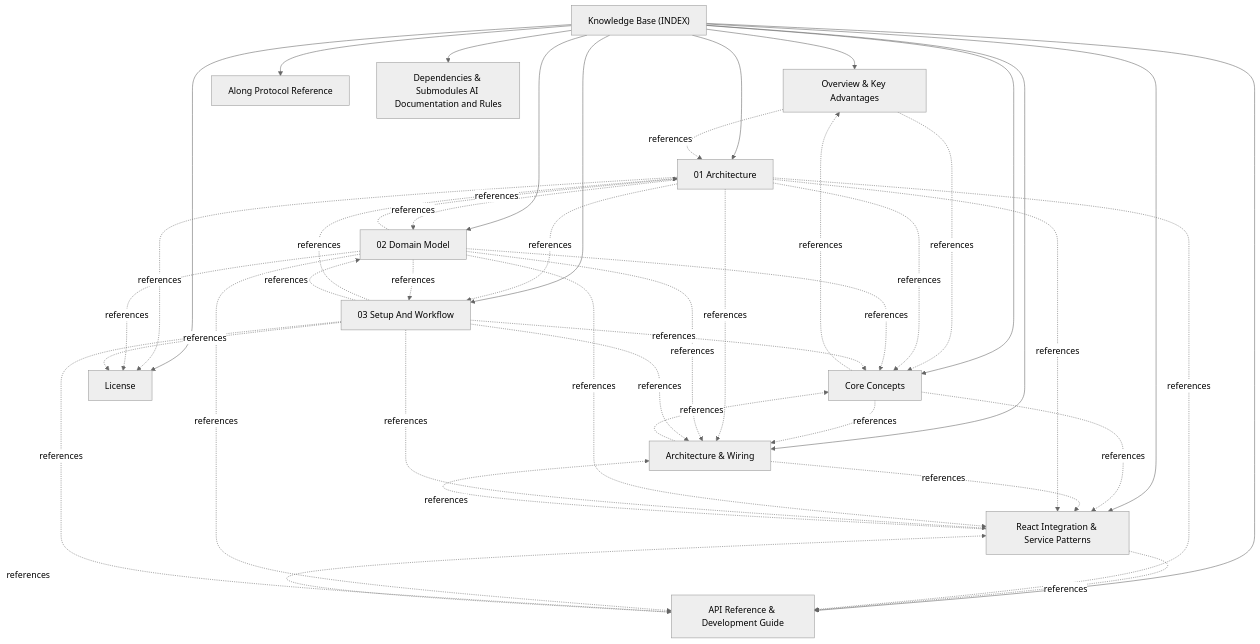
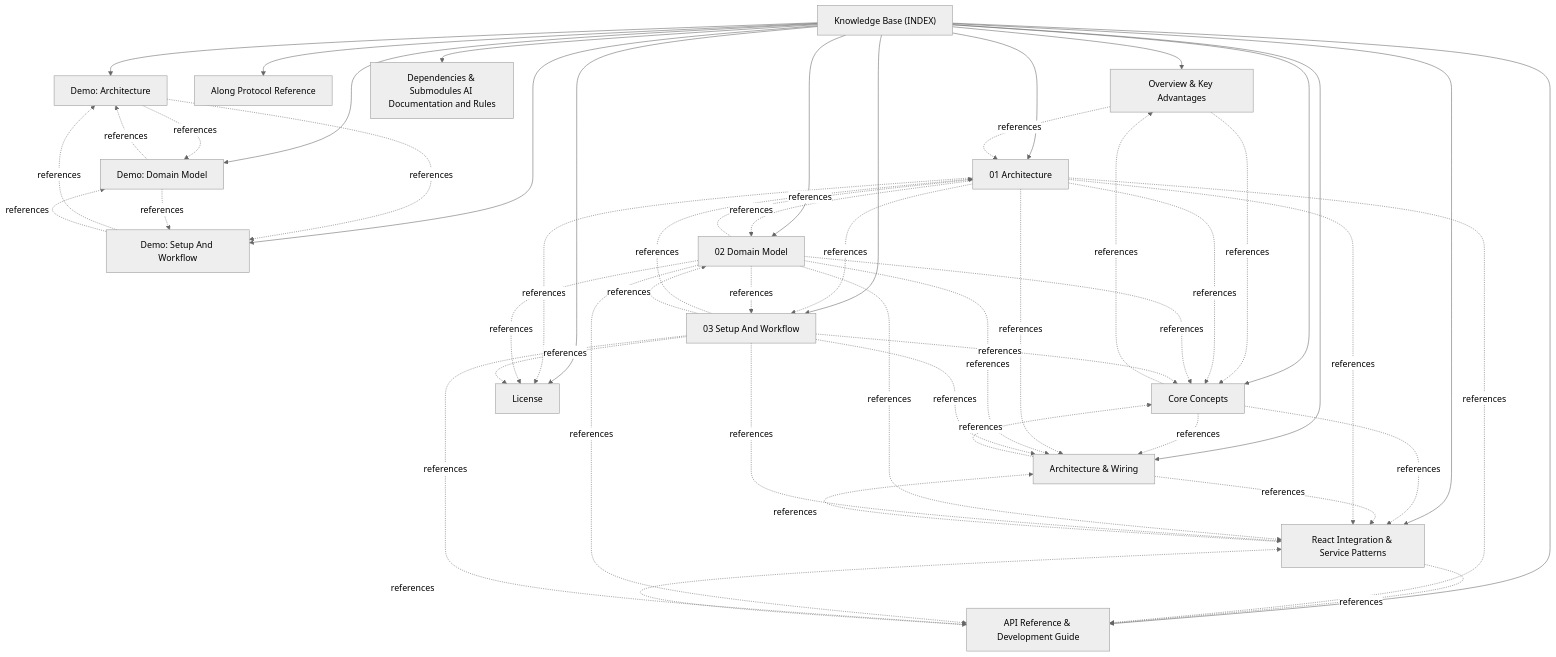
Before and after one commit to actdim/dynstruct: the diagram in docs/INDEX.md, drawn with Mermaid (neutral theme). The commit also changed other lines of this file and 43 other files, not shown here.

````diff
--- a/docs/INDEX.md
+++ b/docs/INDEX.md
@@ -17,57 +17,69 @@
 ```mermaid
 flowchart TD
     INDEX["Knowledge Base (INDEX)"]
     T_01_OVERVIEW_AND_ADVANTAGES["Overview & Key Advantages"]
     INDEX --> T_01_OVERVIEW_AND_ADVANTAGES
     T_02_CORE_CONCEPTS["Core Concepts"]
     INDEX --> T_02_CORE_CONCEPTS
     T_03__ARCHITECTURE____ARCHITECTURE_MD__AND_WIRING["Architecture & Wiring"]
     INDEX --> T_03__ARCHITECTURE____ARCHITECTURE_MD__AND_WIRING
     T_04_REACT_INTEGRATION["React Integration & Service Patterns"]
     INDEX --> T_04_REACT_INTEGRATION
     T_05_API_REFERENCE["API Reference & Development Guide"]
     INDEX --> T_05_API_REFERENCE
     T_ALONG_PROTOCOL["Along Protocol Reference"]
     INDEX --> T_ALONG_PROTOCOL
     T_ARCHITECTURE["01 Architecture"]
     INDEX --> T_ARCHITECTURE
+    T_DEMO_ARCHITECTURE["Demo: Architecture"]
+    INDEX --> T_DEMO_ARCHITECTURE
+    T_DEMO_DOMAIN_MODEL["Demo: Domain Model"]
+    INDEX --> T_DEMO_DOMAIN_MODEL
+    T_DEMO_SETUP_AND_WORKFLOW["Demo: Setup And Workflow"]
+    INDEX --> T_DEMO_SETUP_AND_WORKFLOW
     T_DEPENDENCIES["Dependencies & Submodules AI Documentation and Rules"]
     INDEX --> T_DEPENDENCIES
     T_DOMAIN_MODEL["02 Domain Model"]
     INDEX --> T_DOMAIN_MODEL
     T_LICENSE["License"]
     INDEX --> T_LICENSE
     T_SETUP_AND_WORKFLOW["03 Setup And Workflow"]
     INDEX --> T_SETUP_AND_WORKFLOW
     T_01_OVERVIEW_AND_ADVANTAGES -.->|references| T_02_CORE_CONCEPTS
     T_01_OVERVIEW_AND_ADVANTAGES -.->|references| T_ARCHITECTURE
     T_02_CORE_CONCEPTS -.->|references| T_01_OVERVIEW_AND_ADVANTAGES
     T_02_CORE_CONCEPTS -.->|references| T_03__ARCHITECTURE____ARCHITECTURE_MD__AND_WIRING
     T_02_CORE_CONCEPTS -.->|references| T_04_REACT_INTEGRATION
     T_03__ARCHITECTURE____ARCHITECTURE_MD__AND_WIRING -.->|references| T_02_CORE_CONCEPTS
     T_03__ARCHITECTURE____ARCHITECTURE_MD__AND_WIRING -.->|references| T_04_REACT_INTEGRATION
     T_04_REACT_INTEGRATION -.->|references| T_03__ARCHITECTURE____ARCHITECTURE_MD__AND_WIRING
     T_04_REACT_INTEGRATION -.->|references| T_05_API_REFERENCE
     T_05_API_REFERENCE -.->|references| T_04_REACT_INTEGRATION
     T_ARCHITECTURE -.->|references| T_02_CORE_CONCEPTS
     T_ARCHITECTURE -.->|references| T_03__ARCHITECTURE____ARCHITECTURE_MD__AND_WIRING
     T_ARCHITECTURE -.->|references| T_04_REACT_INTEGRATION
     T_ARCHITECTURE -.->|references| T_05_API_REFERENCE
     T_ARCHITECTURE -.->|references| T_DOMAIN_MODEL
     T_ARCHITECTURE -.->|references| T_SETUP_AND_WORKFLOW
     T_ARCHITECTURE -.->|references| T_LICENSE
+    T_DEMO_ARCHITECTURE -.->|references| T_DEMO_DOMAIN_MODEL
+    T_DEMO_ARCHITECTURE -.->|references| T_DEMO_SETUP_AND_WORKFLOW
+    T_DEMO_DOMAIN_MODEL -.->|references| T_DEMO_ARCHITECTURE
+    T_DEMO_DOMAIN_MODEL -.->|references| T_DEMO_SETUP_AND_WORKFLOW
+    T_DEMO_SETUP_AND_WORKFLOW -.->|references| T_DEMO_ARCHITECTURE
+    T_DEMO_SETUP_AND_WORKFLOW -.->|references| T_DEMO_DOMAIN_MODEL
     T_DOMAIN_MODEL -.->|references| T_ARCHITECTURE
     T_DOMAIN_MODEL -.->|references| T_02_CORE_CONCEPTS
     T_DOMAIN_MODEL -.->|references| T_03__ARCHITECTURE____ARCHITECTURE_MD__AND_WIRING
     T_DOMAIN_MODEL -.->|references| T_04_REACT_INTEGRATION
     T_DOMAIN_MODEL -.->|references| T_05_API_REFERENCE
     T_DOMAIN_MODEL -.->|references| T_SETUP_AND_WORKFLOW
     T_DOMAIN_MODEL -.->|references| T_LICENSE
     T_SETUP_AND_WORKFLOW -.->|references| T_ARCHITECTURE
     T_SETUP_AND_WORKFLOW -.->|references| T_DOMAIN_MODEL
     T_SETUP_AND_WORKFLOW -.->|references| T_02_CORE_CONCEPTS
     T_SETUP_AND_WORKFLOW -.->|references| T_03__ARCHITECTURE____ARCHITECTURE_MD__AND_WIRING
     T_SETUP_AND_WORKFLOW -.->|references| T_04_REACT_INTEGRATION
     T_SETUP_AND_WORKFLOW -.->|references| T_05_API_REFERENCE
     T_SETUP_AND_WORKFLOW -.->|references| T_LICENSE
 ```
````
